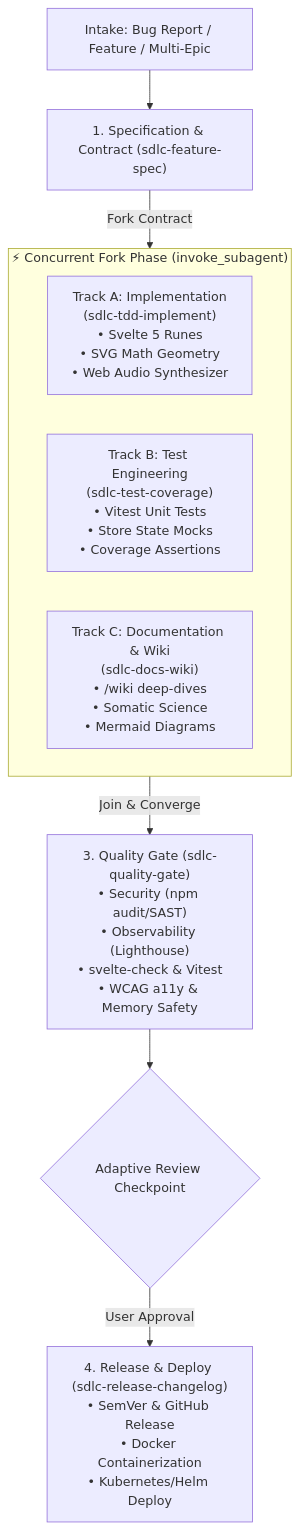
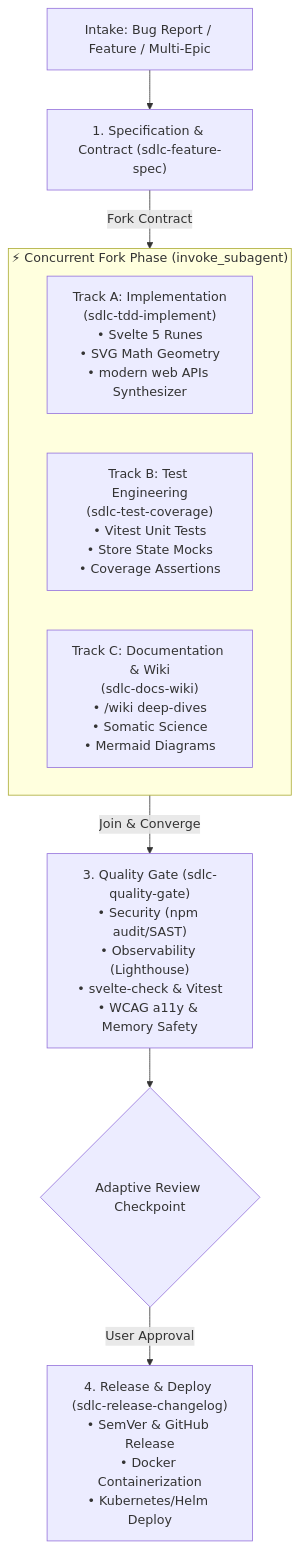
The diagram in .agent/skills/sdlc-flow/SKILL.md (fmatar/sealit), drawn with Mermaid before and after one commit. The commit also changed other lines of this file and 9 other files, not shown here.

````diff
--- a/.agent/skills/sdlc-flow/SKILL.md
+++ b/.agent/skills/sdlc-flow/SKILL.md
@@ -18,17 +18,17 @@
 ```mermaid
 flowchart TD
     Trigger["Intake: Bug Report / Feature / Multi-Epic"] --> S1["1. Specification & Contract (sdlc-feature-spec)"]
     
     subgraph ParallelFork ["⚡ Concurrent Fork Phase (invoke_subagent)"]
         direction LR
-        T1["Track A: Implementation\n(sdlc-tdd-implement)\n• Svelte 5 Runes\n• SVG Math Geometry\n• Web Audio Synthesizer"]
+        T1["Track A: Implementation\n(sdlc-tdd-implement)\n• Svelte 5 Runes\n• SVG Math Geometry\n• modern web APIs Synthesizer"]
         T2["Track B: Test Engineering\n(sdlc-test-coverage)\n• Vitest Unit Tests\n• Store State Mocks\n• Coverage Assertions"]
         T3["Track C: Documentation & Wiki\n(sdlc-docs-wiki)\n• /wiki deep-dives\n• Somatic Science\n• Mermaid Diagrams"]
     end
     
     S1 -->|Fork Contract| ParallelFork
     ParallelFork -->|Join & Converge| S4["3. Quality Gate (sdlc-quality-gate)\n• Security (npm audit/SAST)\n• Observability (Lighthouse)\n• svelte-check & Vitest\n• WCAG a11y & Memory Safety"]
     
     S4 --> Checkpoint{"Adaptive Review Checkpoint"}
     Checkpoint -->|User Approval| S5["4. Release & Deploy (sdlc-release-changelog)\n• SemVer & GitHub Release\n• Docker Containerization\n• Kubernetes/Helm Deploy"]
 ```
````
